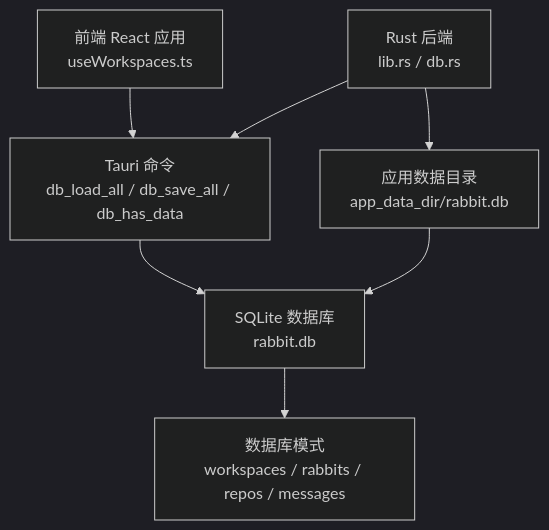
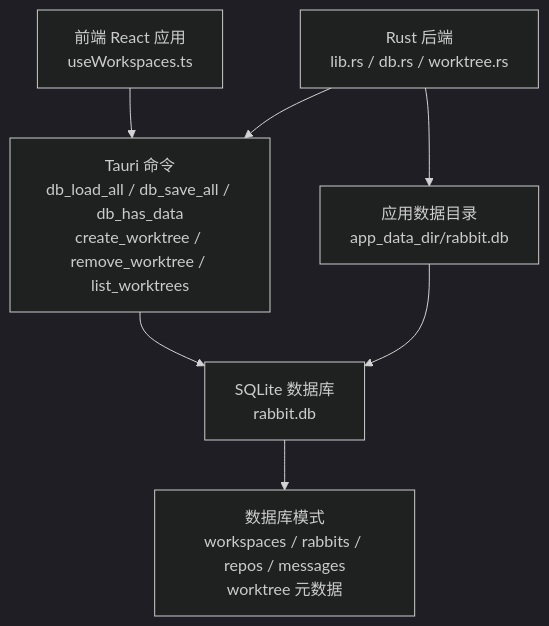
The first of 4 diagrams in .qoder/repowiki/zh/content/数据库设计/数据库设计.md (RabbitAI-Lab/RabbitCoding), drawn with Mermaid (dark theme) before and after one commit. The commit also changed other lines of this file and 88 other files, not shown here.

````diff
--- a/.qoder/repowiki/zh/content/数据库设计/数据库设计.md
+++ b/.qoder/repowiki/zh/content/数据库设计/数据库设计.md
@@ -31,9 +39,9 @@
 ```mermaid
 graph TB
-FE["前端 React 应用<br/>useWorkspaces.ts"] --> CMD["Tauri 命令<br/>db_load_all / db_save_all / db_has_data"]
+FE["前端 React 应用<br/>useWorkspaces.ts"] --> CMD["Tauri 命令<br/>db_load_all / db_save_all / db_has_data<br/>create_worktree / remove_worktree / list_worktrees"]
 CMD --> DBX["SQLite 数据库<br/>rabbit.db"]
-DBX --> SCHEMA["数据库模式<br/>workspaces / rabbits / repos / messages"]
-BACKEND["Rust 后端<br/>lib.rs / db.rs"] --> CMD
+DBX --> SCHEMA["数据库模式<br/>workspaces / rabbits / repos / messages<br/>worktree 元数据"]
+BACKEND["Rust 后端<br/>lib.rs / db.rs / worktree.rs"] --> CMD
 BACKEND --> FS["应用数据目录<br/>app_data_dir/rabbit.db"]
 FS --> DBX
 ```
````
